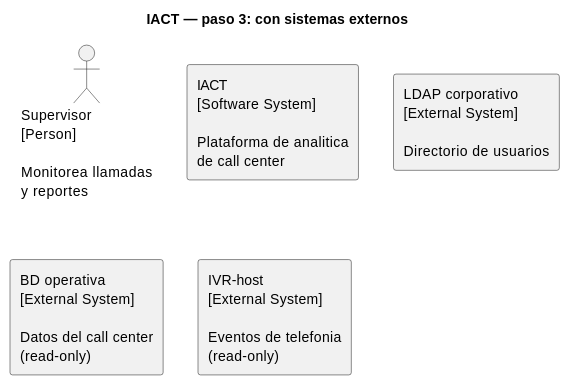
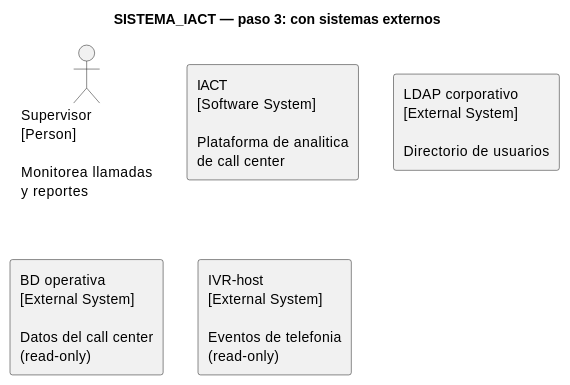
The third of 3 diagrams in source/requisitos/_metodologia-aplicacion/diagramas-componentes/construccion-incremental-iact.rst (jcg-admin/IACT-docs), drawn with PlantUML before and after one commit. The commit also changed other lines of this file and 99 other files, not shown here.

First line of the commit message:
Fix ABREV_CORTA aliases in PlantUML blocks (97 files)

```diff
--- a/source/requisitos/_metodologia-aplicacion/diagramas-componentes/construccion-incremental-iact.rst
+++ b/source/requisitos/_metodologia-aplicacion/diagramas-componentes/construccion-incremental-iact.rst
@@ -28,13 +28,13 @@
 .. uml::
 
    @startuml
-   title IACT — paso 3: con sistemas externos
+   title SISTEMA_IACT — paso 3: con sistemas externos
 
    actor "Supervisor\n[Person]\n\nMonitorea llamadas\ny reportes" as Supervisor
 
-   rectangle "IACT\n[Software System]\n\nPlataforma de analitica\nde call center" as IACT
+   rectangle "IACT\n[Software System]\n\nPlataforma de analitica\nde call center" as SISTEMA_IACT
 
-   rectangle "LDAP corporativo\n[External System]\n\nDirectorio de usuarios" as LDAP
-   rectangle "BD operativa\n[External System]\n\nDatos del call center\n(read-only)" as BDO
-   rectangle "IVR-host\n[External System]\n\nEventos de telefonia\n(read-only)" as IVR
+   rectangle "LDAP corporativo\n[External System]\n\nDirectorio de usuarios" as LDAP_CORPORATIVO
+   rectangle "BD operativa\n[External System]\n\nDatos del call center\n(read-only)" as BD_OPERATIVA
+   rectangle "IVR-host\n[External System]\n\nEventos de telefonia\n(read-only)" as SISTEMA_IVR
    @enduml
```
